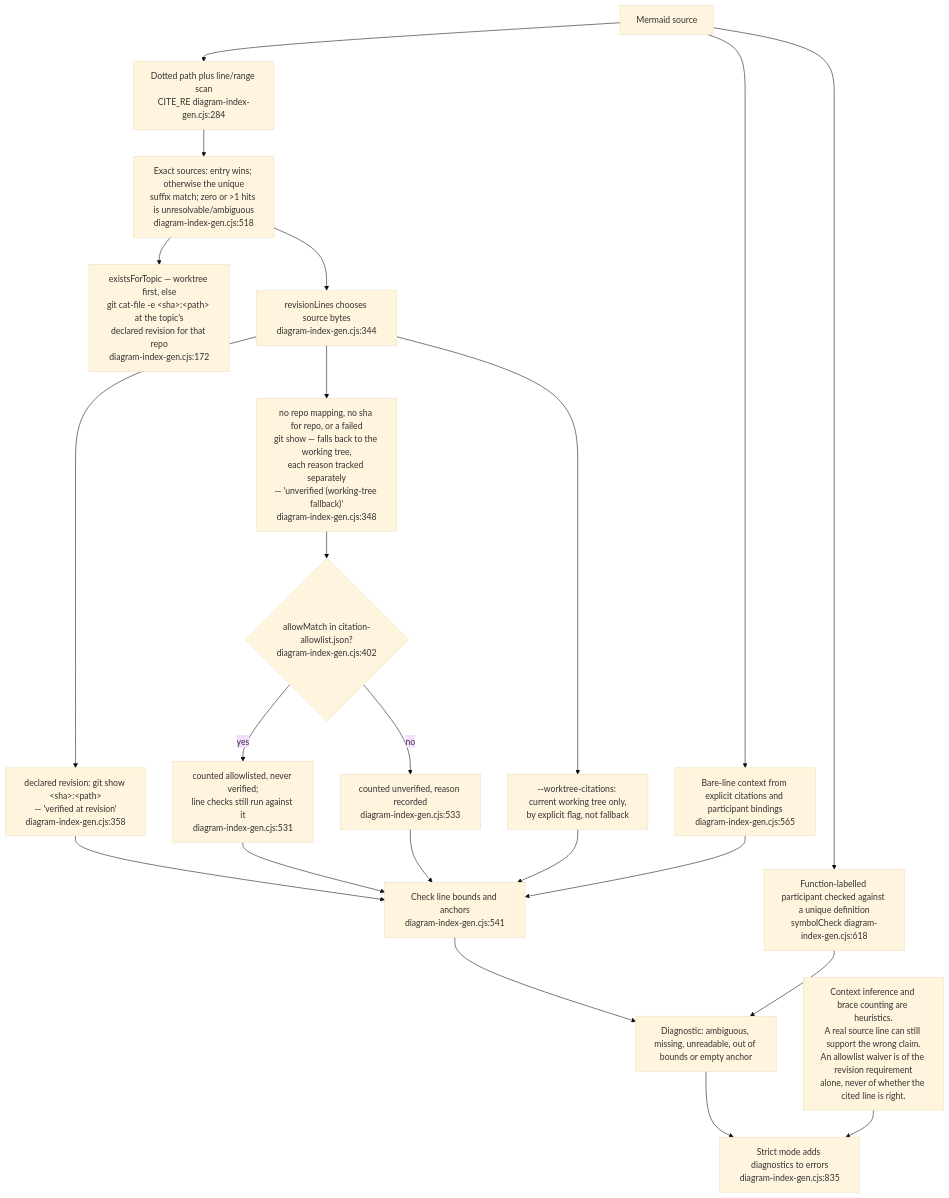
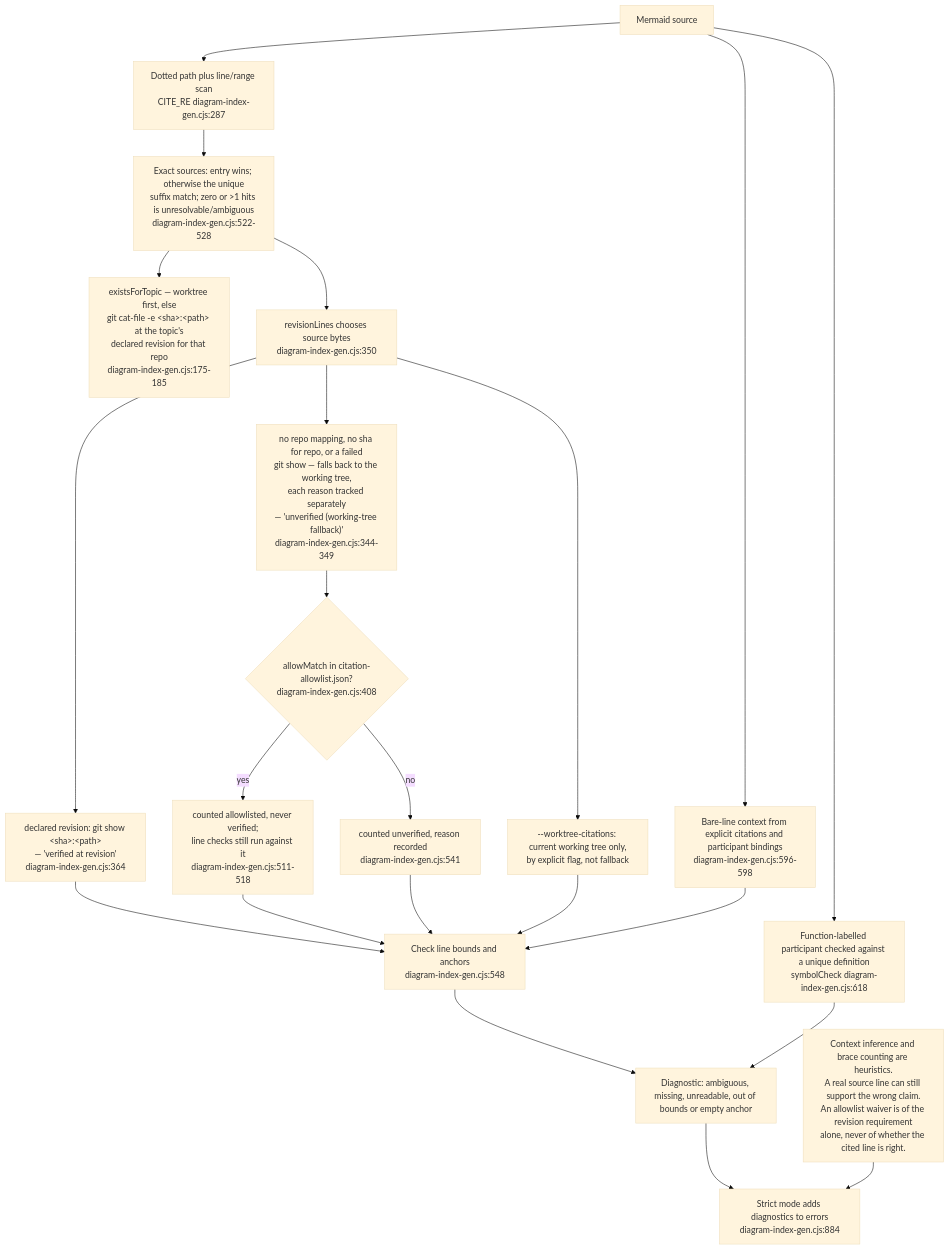
One commit to DreamLab-AI/VisionFlow changed the tenth of 15 diagrams in docs/diagrams/visionflow/06-diagram-tooling.md. Above: the diagram before and after it, drawn with Mermaid (base theme). The commit also changed other lines of this file and 160 other files, not shown here.

````diff
--- a/docs/diagrams/visionflow/06-diagram-tooling.md
+++ b/docs/diagrams/visionflow/06-diagram-tooling.md
@@ -329,24 +312,24 @@
 ```mermaid
 flowchart TB
-    A["Mermaid source"] --> SCAN["Dotted path plus line/range scan<br/>CITE_RE diagram-index-gen.cjs:284"]
-    SCAN --> MATCH["Exact sources: entry wins; otherwise the unique<br/>suffix match; zero or >1 hits is unresolvable/ambiguous<br/>diagram-index-gen.cjs:518"]
-    MATCH --> EXIST["existsForTopic — worktree first, else<br/>git cat-file -e &lt;sha&gt;:&lt;path&gt; at the topic's<br/>declared revision for that repo<br/>diagram-index-gen.cjs:172"]
-    MATCH --> MODE["revisionLines chooses source bytes<br/>diagram-index-gen.cjs:344"]
-    MODE --> PIN["declared revision: git show &lt;sha&gt;:&lt;path&gt;<br/>— 'verified at revision'<br/>diagram-index-gen.cjs:358"]
-    MODE --> WT["no repo mapping, no sha for repo, or a failed<br/>git show — falls back to the working tree,<br/>each reason tracked separately<br/>— 'unverified (working-tree fallback)'<br/>diagram-index-gen.cjs:348"]
+    A["Mermaid source"] --> SCAN["Dotted path plus line/range scan<br/>CITE_RE diagram-index-gen.cjs:287"]
+    SCAN --> MATCH["Exact sources: entry wins; otherwise the unique<br/>suffix match; zero or >1 hits is unresolvable/ambiguous<br/>diagram-index-gen.cjs:522-528"]
+    MATCH --> EXIST["existsForTopic — worktree first, else<br/>git cat-file -e &lt;sha&gt;:&lt;path&gt; at the topic's<br/>declared revision for that repo<br/>diagram-index-gen.cjs:175-185"]
+    MATCH --> MODE["revisionLines chooses source bytes<br/>diagram-index-gen.cjs:350"]
+    MODE --> PIN["declared revision: git show &lt;sha&gt;:&lt;path&gt;<br/>— 'verified at revision'<br/>diagram-index-gen.cjs:364"]
+    MODE --> WT["no repo mapping, no sha for repo, or a failed<br/>git show — falls back to the working tree,<br/>each reason tracked separately<br/>— 'unverified (working-tree fallback)'<br/>diagram-index-gen.cjs:344-349"]
     MODE --> WTFLAG["--worktree-citations: current working tree only,<br/>by explicit flag, not fallback"]
-    PIN --> READ["Check line bounds and anchors<br/>diagram-index-gen.cjs:541"]
-    WT --> WAIVE{"allowMatch in citation-allowlist.json?<br/>diagram-index-gen.cjs:402"}
-    WAIVE -->|yes| ALLOWED["counted allowlisted, never verified;<br/>line checks still run against it<br/>diagram-index-gen.cjs:531"]
-    WAIVE -->|no| UNVER["counted unverified, reason recorded<br/>diagram-index-gen.cjs:533"]
+    PIN --> READ["Check line bounds and anchors<br/>diagram-index-gen.cjs:548"]
+    WT --> WAIVE{"allowMatch in citation-allowlist.json?<br/>diagram-index-gen.cjs:408"}
+    WAIVE -->|yes| ALLOWED["counted allowlisted, never verified;<br/>line checks still run against it<br/>diagram-index-gen.cjs:511-518"]
+    WAIVE -->|no| UNVER["counted unverified, reason recorded<br/>diagram-index-gen.cjs:541"]
     ALLOWED --> READ
     UNVER --> READ
     WTFLAG --> READ
-    A --> BARE["Bare-line context from explicit citations and participant bindings<br/>diagram-index-gen.cjs:565"]
+    A --> BARE["Bare-line context from explicit citations and participant bindings<br/>diagram-index-gen.cjs:596-598"]
     BARE --> READ
     A --> SYMBOL["Function-labelled participant checked against a unique definition<br/>symbolCheck diagram-index-gen.cjs:618"]
     READ --> DIAG["Diagnostic: ambiguous, missing, unreadable, out of bounds or empty anchor"]
     SYMBOL --> DIAG
-    DIAG --> EXIT["Strict mode adds diagnostics to errors<br/>diagram-index-gen.cjs:835"]
+    DIAG --> EXIT["Strict mode adds diagnostics to errors<br/>diagram-index-gen.cjs:884"]
     LIMIT["Context inference and brace counting are heuristics.<br/>A real source line can still support the wrong claim.<br/>An allowlist waiver is of the revision requirement<br/>alone, never of whether the cited line is right."] --> EXIT
 ```
````
